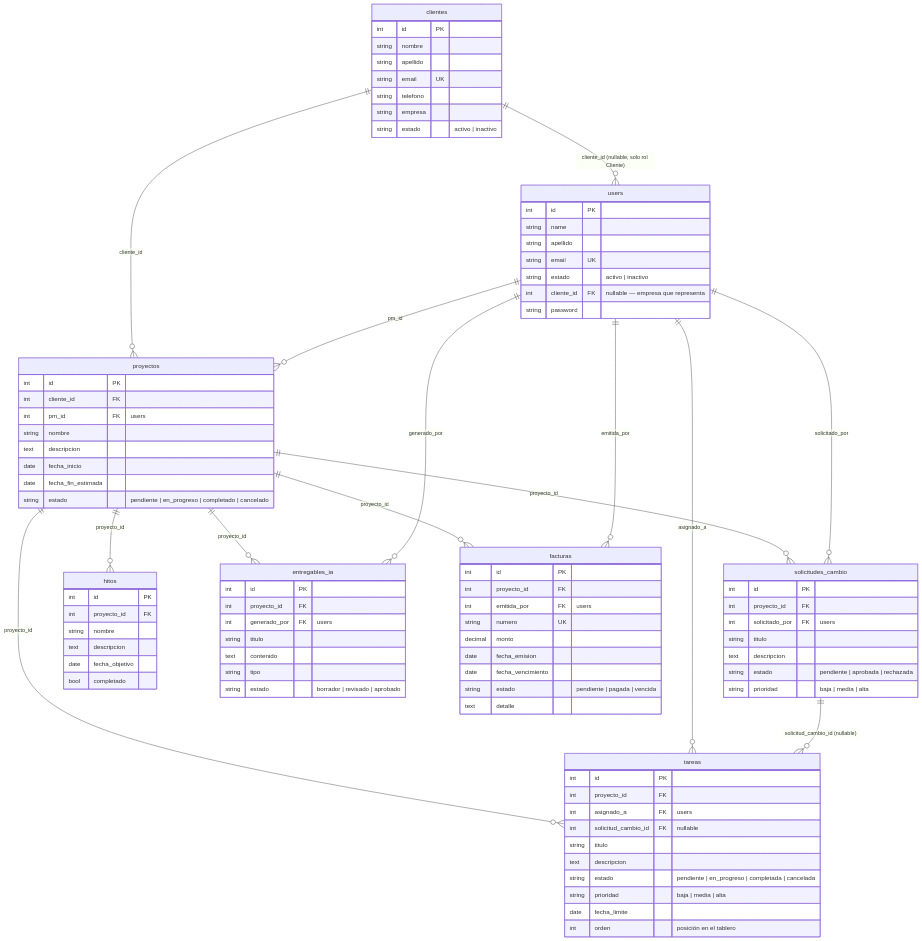
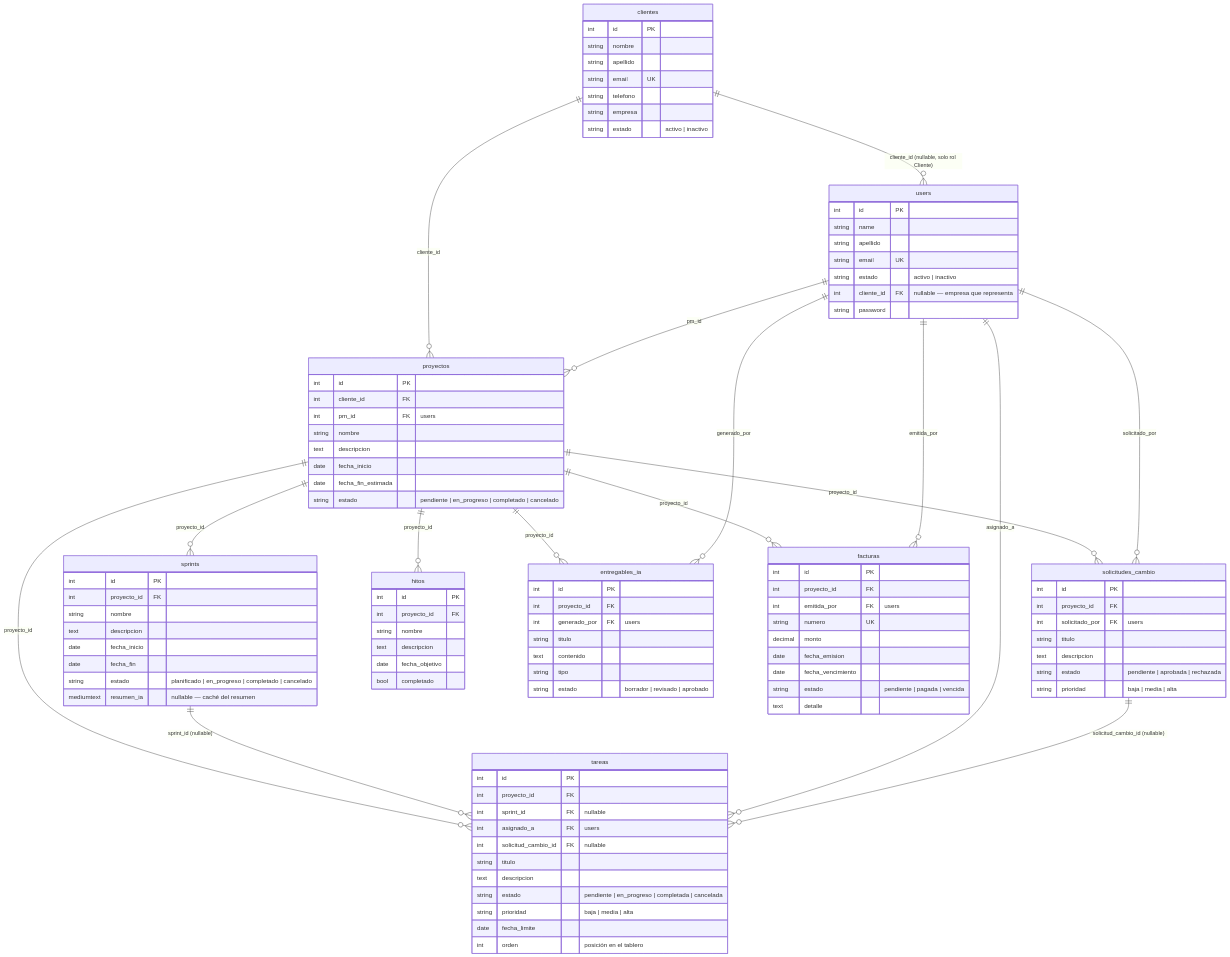
The diagram in docs/CRUZNEGRA_MODELO_RELACIONAL.md (DanielOjeda25/sistema), drawn with Mermaid before and after one commit. The commit also changed other lines of this file and 17 other files, not shown here.

```diff
--- a/docs/CRUZNEGRA_MODELO_RELACIONAL.md
+++ b/docs/CRUZNEGRA_MODELO_RELACIONAL.md
@@ -22,6 +22,8 @@
     users     ||--o{ solicitudes_cambio : "solicitado_por"
 
     proyectos        ||--o{ tareas      : "proyecto_id"
+    proyectos        ||--o{ sprints     : "proyecto_id"
+    sprints          ||--o{ tareas      : "sprint_id (nullable)"
     users            ||--o{ tareas      : "asignado_a"
     solicitudes_cambio ||--o{ tareas    : "solicitud_cambio_id (nullable)"
 
@@ -77,6 +79,7 @@
     tareas {
         int      id                   PK
         int      proyecto_id          FK
+        int      sprint_id            FK "nullable"
         int      asignado_a           FK "users"
         int      solicitud_cambio_id  FK "nullable"
         string   titulo
@@ -85,6 +88,17 @@
         string   prioridad            "baja | media | alta"
         date     fecha_limite
         int      orden                "posición en el tablero"
+    }
+
+    sprints {
+        int      id              PK
+        int      proyecto_id     FK
+        string   nombre
+        text     descripcion
+        date     fecha_inicio
+        date     fecha_fin
+        string   estado          "planificado | en_progreso | completado | cancelado"
+        mediumtext resumen_ia    "nullable — caché del resumen"
     }
 
     hitos {
```
